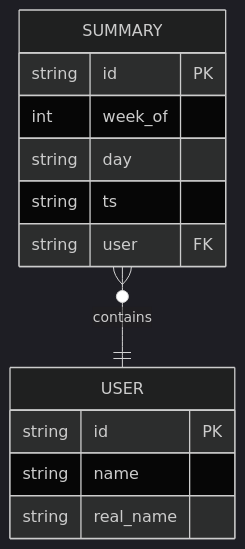
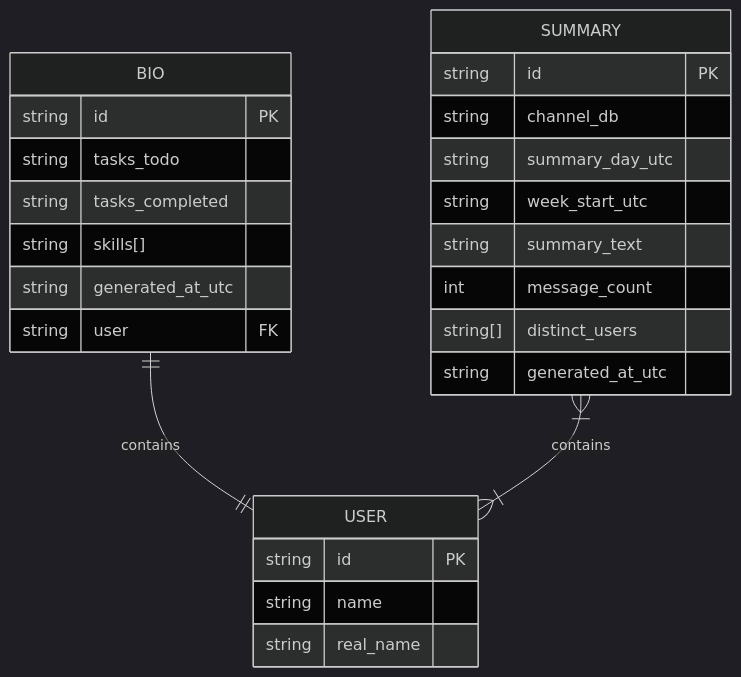
One commit to Capstone-Projects-2026-spring/project-structuring-unstructured-data changed the third of 3 diagrams in documentation/docs/system-architecture/design.md. Above: the diagram before and after it, drawn with Mermaid (dark theme). The commit also changed other lines of this file and 1 other file, not shown here.

Commit message:
added potential user bio summary schema

````diff
--- a/documentation/docs/system-architecture/design.md
+++ b/documentation/docs/system-architecture/design.md
@@ -133,18 +175,31 @@
 ```mermaid
 erDiagram
-    SUMMARY }o--|| USER : contains
+    BIO ||--|| USER : contains
+    SUMMARY }|--|{ USER : contains
+
+    BIO {
+        string id PK
+        string tasks_todo
+        string tasks_completed
+        string skills[]
+        string generated_at_utc
+        string user FK
+    }
 
     SUMMARY {
         string id PK
-        int week_of
-        string day
-        string ts
-        string user FK
+        string channel_db
+        string summary_day_utc
+        string week_start_utc
+        string summary_text
+        int message_count
+        string[] distinct_users
+        string generated_at_utc
     }
 
     USER {
         string id PK
         string name
         string real_name
     }
 ```
````
